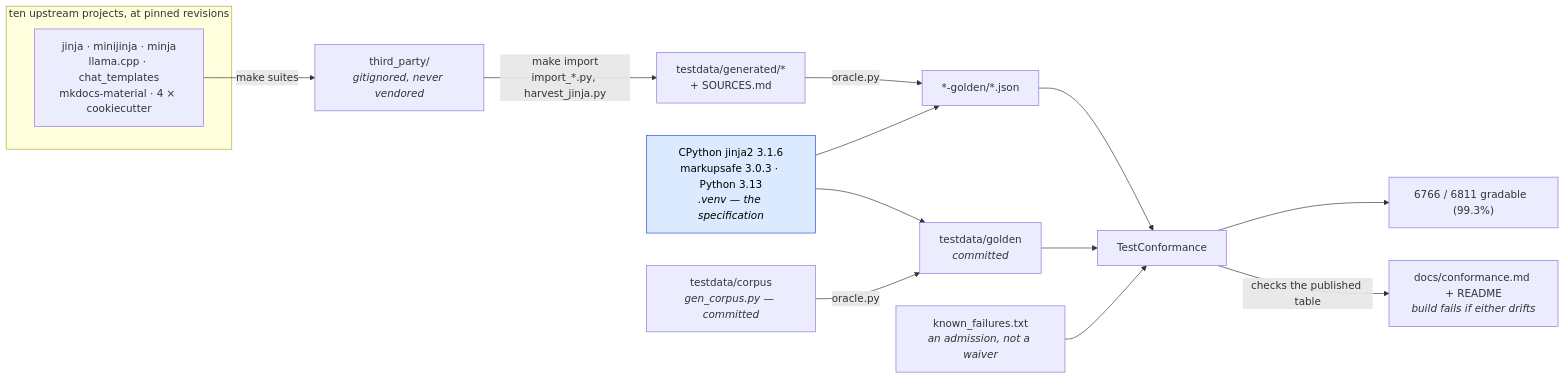
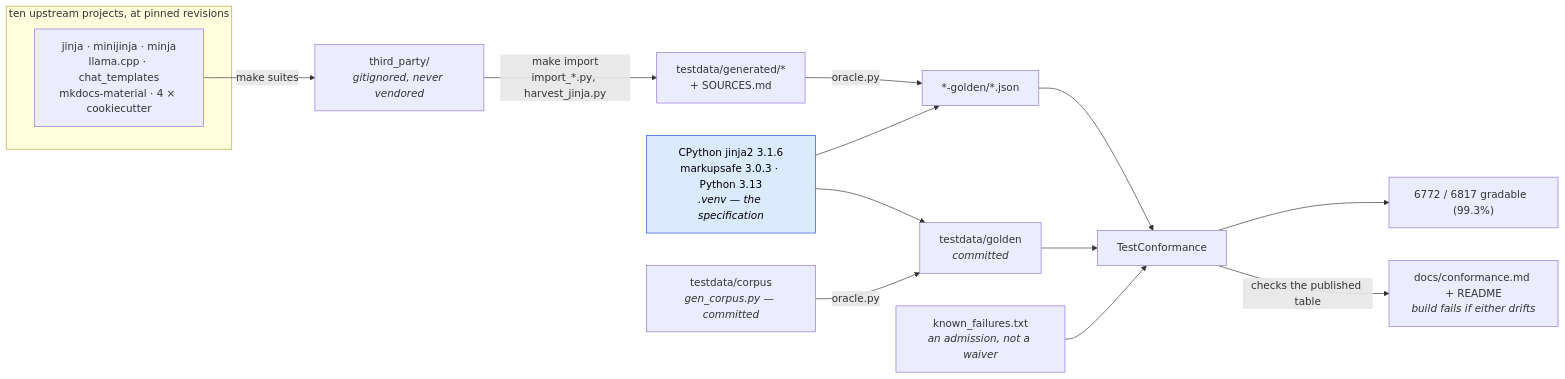
Before and after one commit to mgilbir/gojja2: the first of 2 diagrams in docs/conformance.md, drawn with Mermaid. The commit also changed other lines of this file and 23 other files, not shown here.

````diff
--- a/docs/conformance.md
+++ b/docs/conformance.md
@@ -17,24 +17,24 @@
 ```mermaid
 flowchart LR
     subgraph up["ten upstream projects, at pinned revisions"]
         U1["jinja · minijinja · minja<br/>llama.cpp · chat_templates<br/>mkdocs-material · 4 × cookiecutter"]
     end
     U1 -->|"make suites"| TP["third_party/<br/><i>gitignored, never vendored</i>"]
     TP -->|"make import<br/>import_*.py, harvest_jinja.py"| GEN["testdata/generated/*<br/>+ SOURCES.md"]
 
     ORA["CPython jinja2 3.1.6<br/>markupsafe 3.0.3 · Python 3.13<br/><i>.venv — the specification</i>"]
     GEN -->|"oracle.py"| G2["*-golden/*.json"]
     ORA --> G2
 
     OWN["testdata/corpus<br/><i>gen_corpus.py — committed</i>"] -->|"oracle.py"| G1["testdata/golden<br/><i>committed</i>"]
     ORA --> G1
 
     G1 --> TC["TestConformance"]
     G2 --> TC
     KF["known_failures.txt<br/><i>an admission, not a waiver</i>"] --> TC
-    TC --> RATE["6766 / 6811 gradable  (99.3%)"]
+    TC --> RATE["6772 / 6817 gradable  (99.3%)"]
     TC -->|"checks the published table"| RM["docs/conformance.md + README<br/><i>build fails if either drifts</i>"]
 
     classDef spec fill:#dbeafe,stroke:#1d4ed8,color:#000
     class ORA spec
 ```
````
